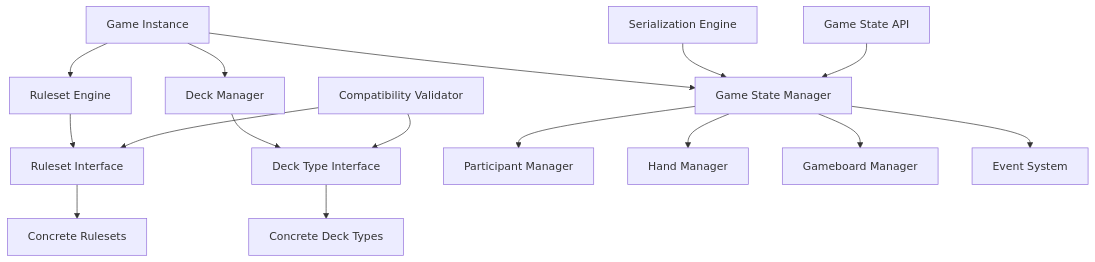
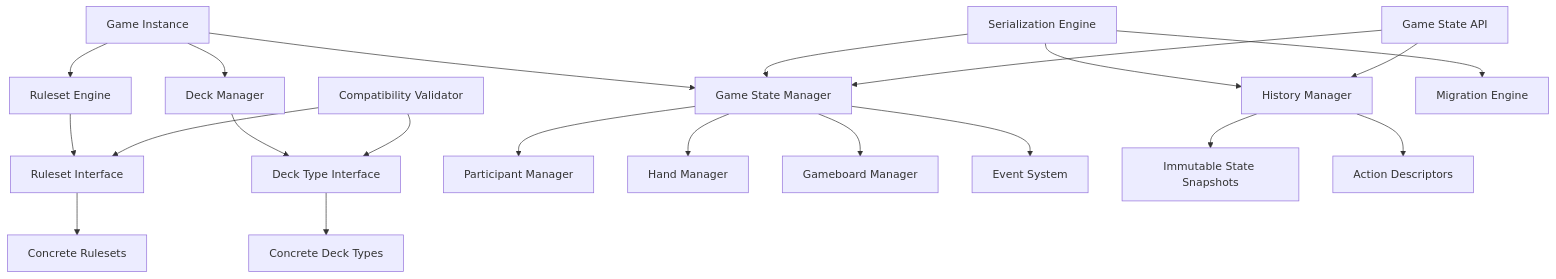
Before and after one commit to harms-haus/flip7-2: the diagram in .kiro/specs/BigDeckEnergy/design.md, drawn with Mermaid. The commit also changed other lines of this file and 22 other files, not shown here.

First line of the commit message:
feat(engine): Implement comprehensive game history and snapshot management system

````diff
--- a/.kiro/specs/BigDeckEnergy/design.md
+++ b/.kiro/specs/BigDeckEnergy/design.md
@@ -19,22 +19,28 @@
 ```mermaid
 graph TB
     A[Game Instance] --> B[Ruleset Engine]
     A --> C[Deck Manager]
     A --> D[Game State Manager]
     
     B --> E[Ruleset Interface]
     C --> F[Deck Type Interface]
     D --> G[Participant Manager]
     D --> H[Hand Manager]
     D --> I[Gameboard Manager]
     D --> J[Event System]
     
     E --> K[Concrete Rulesets]
     F --> L[Concrete Deck Types]
     
     M[Compatibility Validator] --> E
     M --> F
     
     N[Serialization Engine] --> D
+    N --> P[History Manager]
+    N --> Q[Migration Engine]
     O[Game State API] --> D
+    O --> P
+    
+    P --> R[Immutable State Snapshots]
+    P --> S[Action Descriptors]
 ```
````
